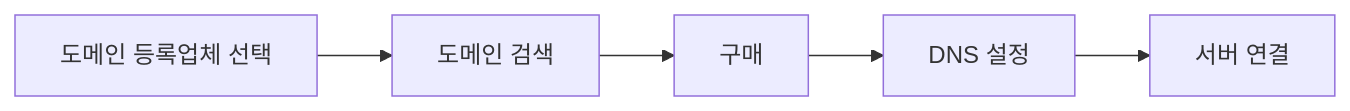
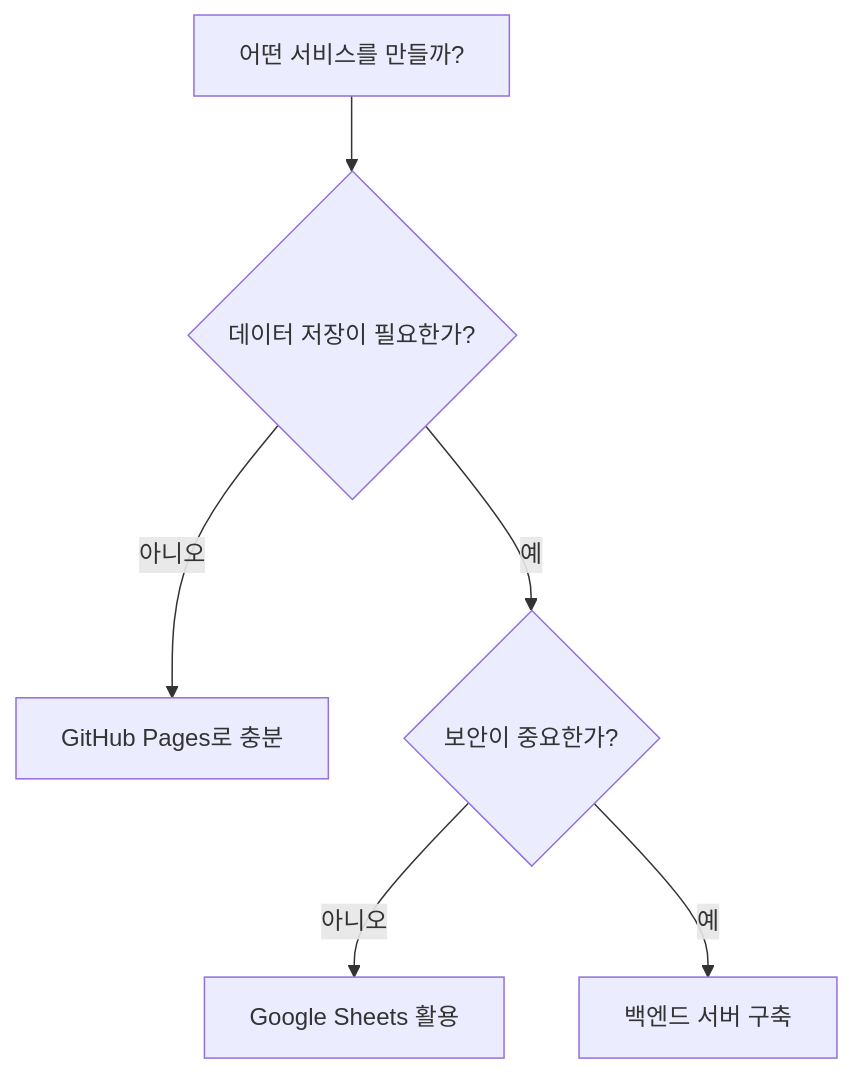
One commit to nugurejeil/weniVooks changed the second of 2 diagrams in _md/essentials-vibecoding/chapter04/04-3.md. Above: the diagram before and after it, drawn with Mermaid. The commit also changed other lines of this file and 7 other files, not shown here.

````diff
--- a/_md/essentials-vibecoding/chapter04/04-3.md
+++ b/_md/essentials-vibecoding/chapter04/04-3.md
@@ -63,7 +275,8 @@
 ```mermaid
-flowchart LR
-    A["도메인 등록업체 선택"] --> B["도메인 검색"]
-    B --> C["구매"]
-    C --> D["DNS 설정"]
-    D --> E["서버 연결"]
+flowchart TD
+    A["어떤 서비스를 만들까?"] --> B{"데이터 저장이 필요한가?"}
+    B -->|아니오| C["GitHub Pages로 충분"]
+    B -->|예| D{"보안이 중요한가?"}
+    D -->|아니오| E["Google Sheets 활용"]
+    D -->|예| F["백엔드 서버 구축"]
 ```
````
